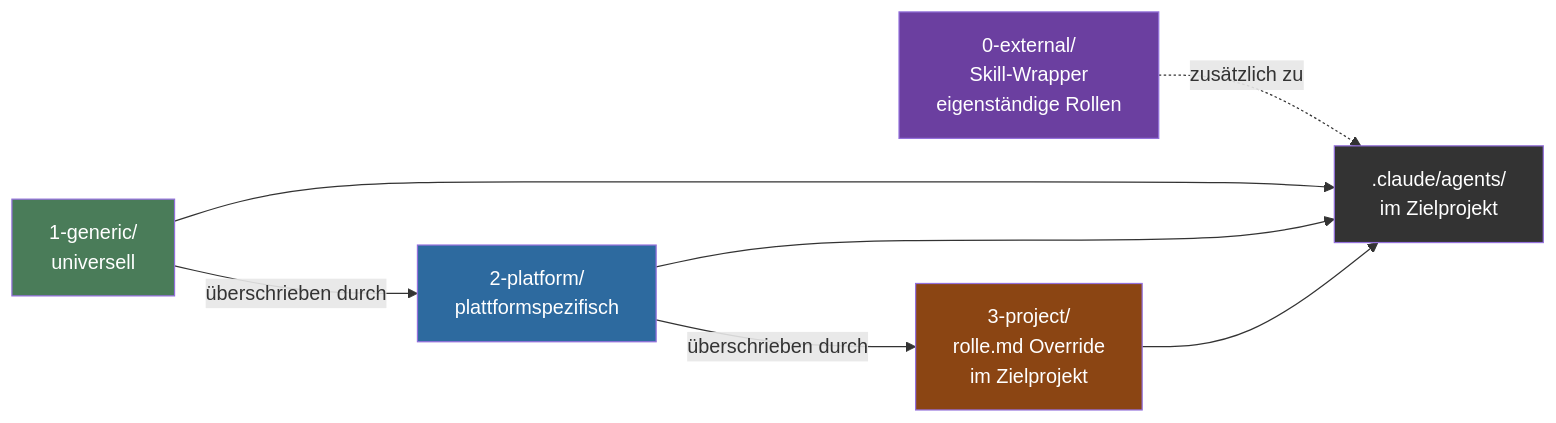
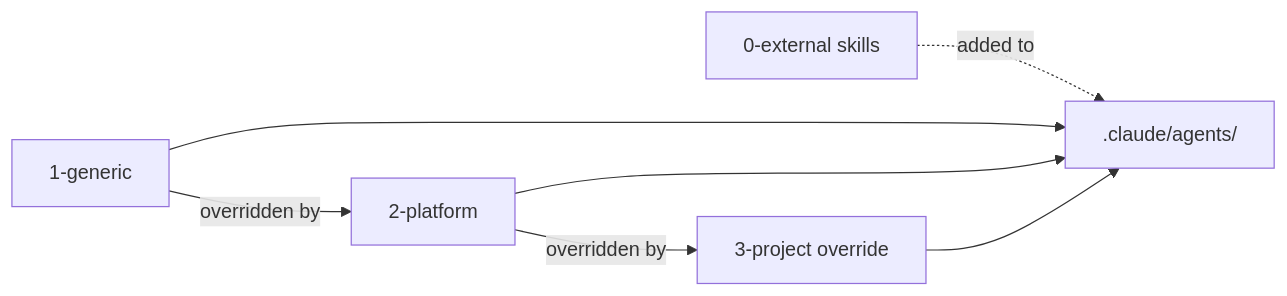
One commit to Popoboxxo/agent-meta changed the diagram in docs/architecture/01-layer-model.md. Above: the diagram before and after it, drawn with Mermaid. The commit also changed other lines of this file and 5 other files, not shown here.

First line of the commit message:
docs: fix mermaid syntax for GitHub compatibility

````diff
--- a/docs/architecture/01-layer-model.md
+++ b/docs/architecture/01-layer-model.md
@@ -5,15 +5,9 @@
 ```mermaid
 graph LR
-    A["1-generic/\nuniversell"] -->|überschrieben durch| B["2-platform/\nplattformspezifisch"]
-    B -->|überschrieben durch| C["3-project/\nrolle.md Override\nim Zielprojekt"]
-    D["0-external/\nSkill-Wrapper\neigenständige Rollen"] -.->|zusätzlich zu| E[".claude/agents/\nim Zielprojekt"]
+    A[1-generic] -->|overridden by| B[2-platform]
+    B -->|overridden by| C[3-project override]
+    D[0-external skills] -.->|added to| E[.claude/agents/]
     A --> E
     B --> E
     C --> E
-
-    style A fill:#4a7c59,color:#fff
-    style B fill:#2d6a9f,color:#fff
-    style C fill:#8b4513,color:#fff
-    style D fill:#6b3fa0,color:#fff
-    style E fill:#333,color:#fff
 ```
````
